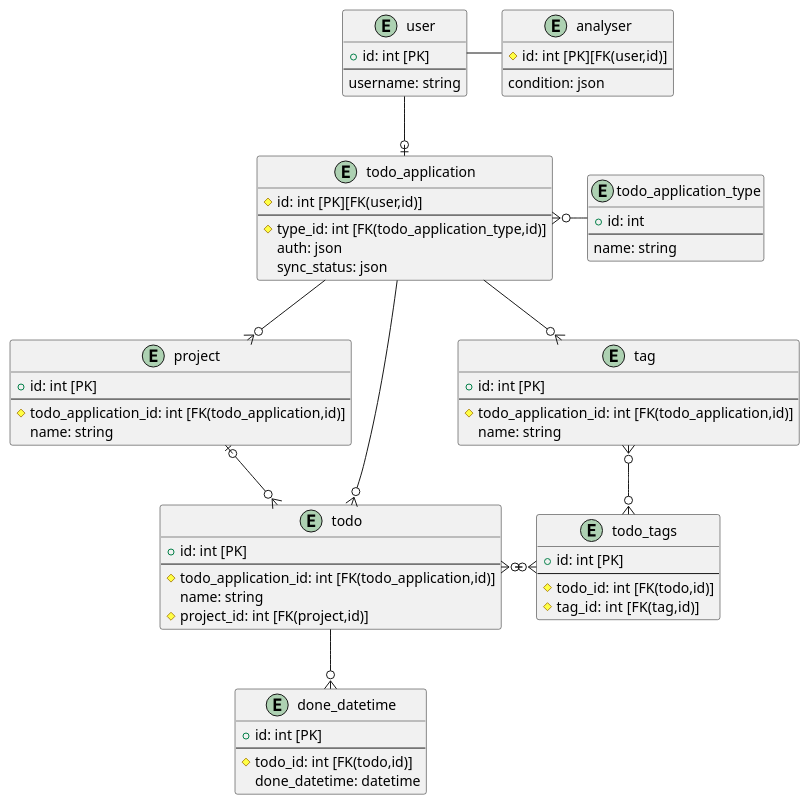
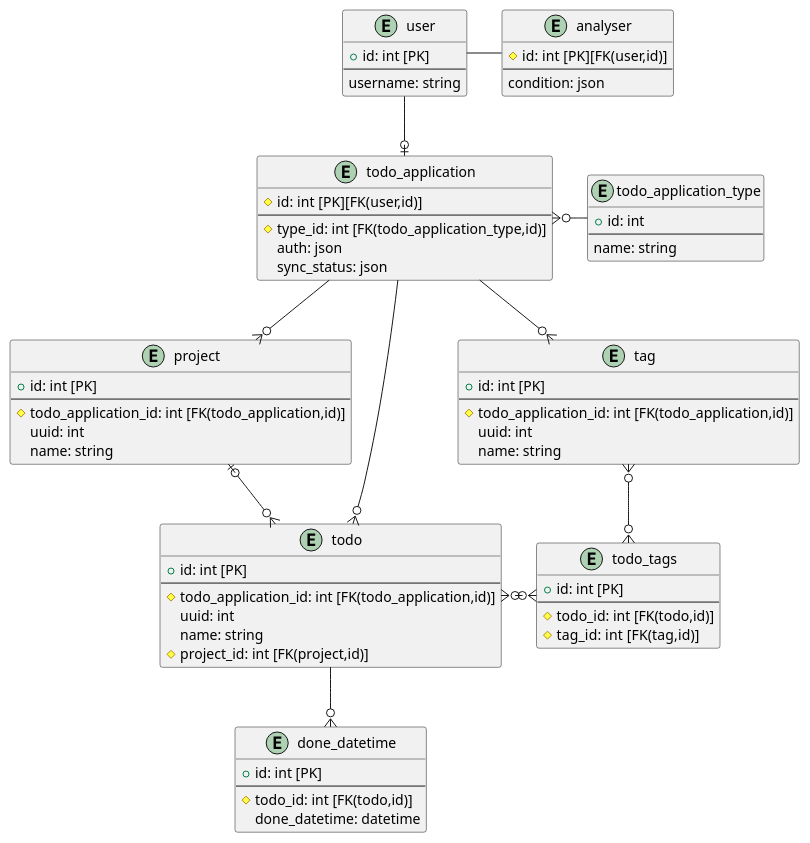
The diagram in design/database.puml (to-maru/tododog), drawn with PlantUML before and after one commit.

Commit message:
uuidカラムの追加

```diff
--- a/design/database.puml
+++ b/design/database.puml
@@ -1,80 +1,83 @@
 @startuml
 'https://plantuml.com/class-diagram
 
 hide empty members
 
 entity user {
 +id: int [PK]
 --
 username: string
 }
 
 entity todo_application {
 # id: int [PK][FK(user,id)]
 --
 # type_id: int [FK(todo_application_type,id)]
 auth: json /'authのDataの持ち方に合わせる'/
 sync_status: json
 }
 
 entity todo_application_type {
 + id: int
 --
 name: string
 }
 
 entity todo {
 +id: int [PK]
 --
 #todo_application_id: int [FK(todo_application,id)]
+uuid: int
 name: string
 #project_id: int [FK(project,id)]
 }
 
 entity todo_tags {
 +id: int [PK]
 --
 #todo_id: int [FK(todo,id)]
 #tag_id: int  [FK(tag,id)]
 }
 
 entity done_datetime {
 +id: int [PK]
 --
 #todo_id: int [FK(todo,id)]
 done_datetime: datetime
 }
 
 entity project {
 +id: int [PK]
 --
 #todo_application_id: int [FK(todo_application,id)]
+uuid: int
 name: string
 }
 
 entity tag {
 +id: int [PK]
 --
 #todo_application_id: int [FK(todo_application,id)]
+uuid: int
 name: string
 }
 
 entity analyser {
 # id: int [PK][FK(user,id)]
 --
 condition: json
 }
 
 user --o| todo_application
 user - analyser
 
 todo_application }o- todo_application_type
 todo_application ---o{ todo
 todo_application -o{ project
 todo_application --o{ tag
 project |o--o{ todo
 tag }o--o{ todo_tags
 todo }o-o{ todo_tags
 todo --o{ done_datetime
 
 @enduml
```
